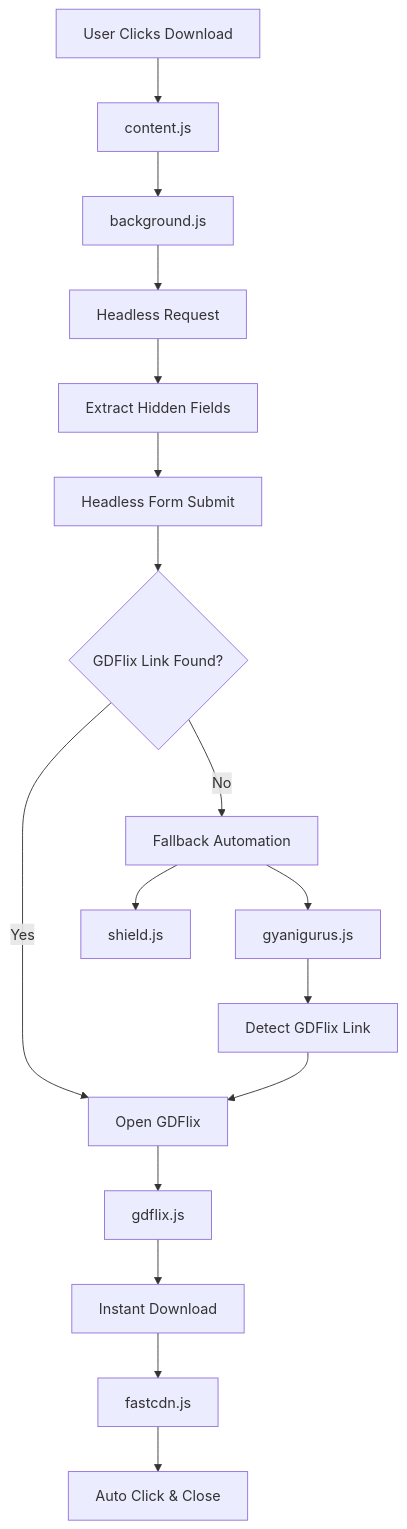
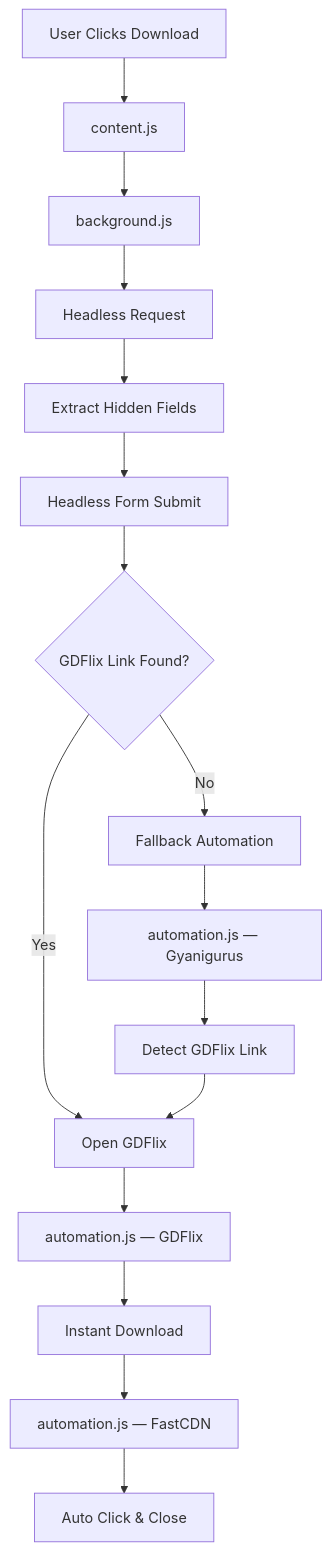
One commit to Deepak5310/DesireMovies-Reimagined changed the diagram in README.md. Above: the diagram before and after it, drawn with Mermaid. The commit also changed other lines of this file, not shown here.

Commit message:
docs: sync README with actual codebase (automation.js, no shield.js split)

````diff
--- a/README.md
+++ b/README.md
@@ -63,26 +63,24 @@
 ```mermaid
 graph TD
     A[User Clicks Download] --> B[content.js]
     B --> C[background.js]
 
     C --> D[Headless Request]
     D --> E[Extract Hidden Fields]
     E --> F[Headless Form Submit]
 
     F --> G{GDFlix Link Found?}
 
     G -->|Yes| H[Open GDFlix]
     G -->|No| I[Fallback Automation]
 
-    I --> J[shield.js]
-    I --> K[gyanigurus.js]
+    I --> J[automation.js — Gyanigurus]
+    J --> K[Detect GDFlix Link]
+    K --> H
 
-    K --> L[Detect GDFlix Link]
-    L --> H
+    H --> L[automation.js — GDFlix]
+    L --> M[Instant Download]
 
-    H --> M[gdflix.js]
-    M --> N[Instant Download]
-
-    N --> O[fastcdn.js]
-    O --> P[Auto Click & Close]
+    M --> N[automation.js — FastCDN]
+    N --> O[Auto Click & Close]
 ```
````
